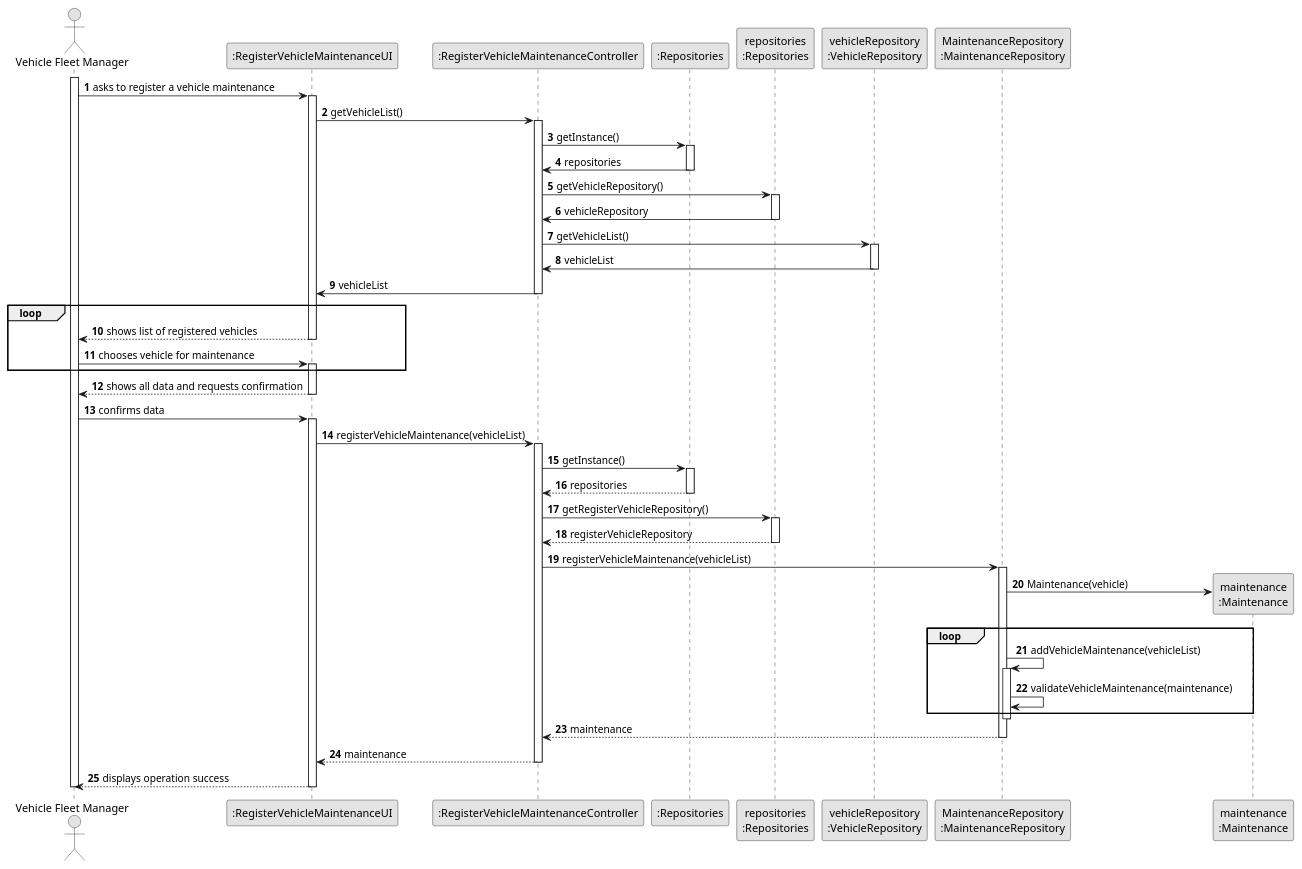
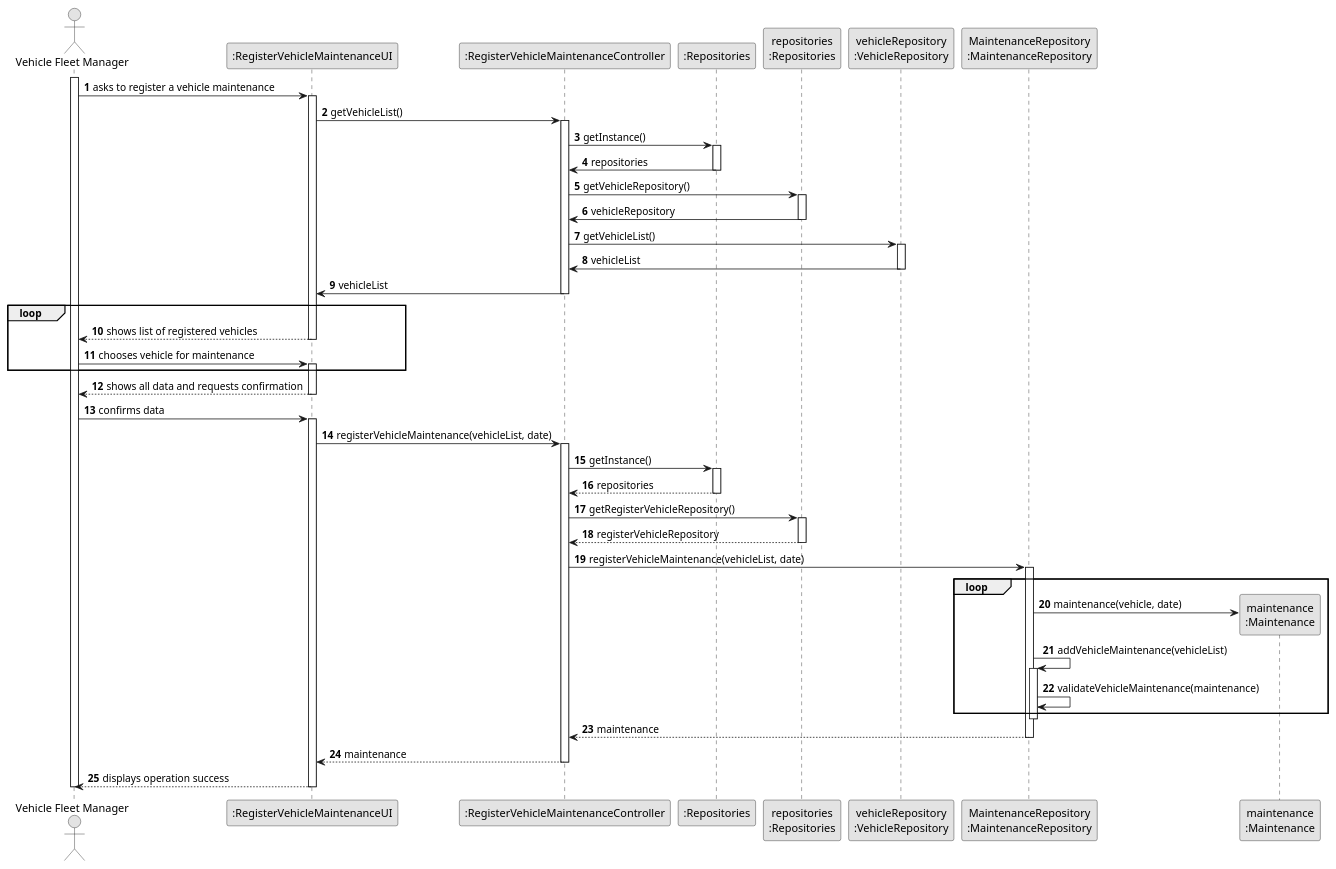
One commit to diogoveirospro/lei-24-s2-1dg-g072 changed the diagram in docs/sprintC/us007/03.design/puml/us007-sequence-diagram-full.puml. Above: the diagram before and after it, drawn with PlantUML. The commit also changed 4 other files, not shown here.

Commit message:
Corrections on US07 and US06 class diagram

```diff
--- a/docs/sprintC/us007/03.design/puml/us007-sequence-diagram-full.puml
+++ b/docs/sprintC/us007/03.design/puml/us007-sequence-diagram-full.puml
@@ -1,96 +1,96 @@
 @startuml
 skinparam monochrome true
 skinparam packageStyle rectangle
 skinparam shadowing false
 
 autonumber
 
 'hide footbox
 actor "Vehicle Fleet Manager" as ADM
 participant ":RegisterVehicleMaintenanceUI" as UI
 participant ":RegisterVehicleMaintenanceController" as CTRL
 participant ":Repositories" as RepositorySingleton
 participant "repositories\n:Repositories" as PLAT
 participant "vehicleRepository\n:VehicleRepository" as VREP
 participant "MaintenanceRepository\n:MaintenanceRepository" as MREP
 participant "maintenance\n:Maintenance" as MAINTENANCE
 
 activate ADM
 
         ADM -> UI : asks to register a vehicle maintenance
 
         activate UI
 
         UI -> CTRL : getVehicleList()
             activate CTRL
 
             CTRL -> RepositorySingleton : getInstance()
             activate RepositorySingleton
 
                 RepositorySingleton -> CTRL : repositories
             deactivate RepositorySingleton
             CTRL -> PLAT : getVehicleRepository()
             activate PLAT
 
             PLAT -> CTRL : vehicleRepository
             deactivate PLAT
 
             CTRL -> VREP : getVehicleList()
             activate VREP
 
             VREP -> CTRL : vehicleList
             deactivate VREP
 
             CTRL -> UI : vehicleList
             deactivate CTRL
 
             loop
             UI --> ADM : shows list of registered vehicles
             deactivate UI
 
             ADM -> UI : chooses vehicle for maintenance
             activate UI
             end
             UI --> ADM : shows all data and requests confirmation
             deactivate UI
             ADM -> UI : confirms data
             activate UI
-            UI -> CTRL : registerVehicleMaintenance(vehicleList)
+            UI -> CTRL : registerVehicleMaintenance(vehicleList, date)
             activate CTRL
 
                 CTRL -> RepositorySingleton : getInstance()
                 activate RepositorySingleton
 
                     RepositorySingleton --> CTRL: repositories
                 deactivate RepositorySingleton
 
                 CTRL -> PLAT : getRegisterVehicleRepository()
                 activate PLAT
 
                     PLAT --> CTRL: registerVehicleRepository
                 deactivate PLAT
 
-                CTRL -> MREP : registerVehicleMaintenance(vehicleList)
+                CTRL -> MREP : registerVehicleMaintenance(vehicleList, date)
+                loop
                 activate MREP
 
-                MREP -> MAINTENANCE**: Maintenance(vehicle)
+                MREP -> MAINTENANCE**: maintenance(vehicle, date)
 
-                loop
                 MREP -> MREP: addVehicleMaintenance(vehicleList)
 
                  activate MREP
                      MREP -> MREP: validateVehicleMaintenance(maintenance)
                  end
                  deactivate MREP
                                 MREP --> CTRL : maintenance
                             deactivate MREP
 
 
             CTRL --> UI: maintenance
             deactivate CTRL
             UI --> ADM: displays operation success
     deactivate UI
 
 deactivate ADM
 
 @enduml
```
